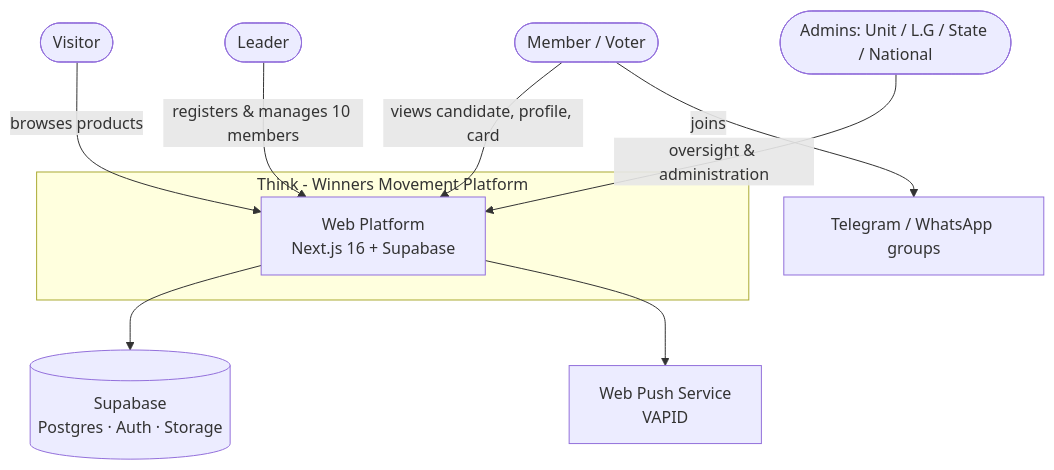
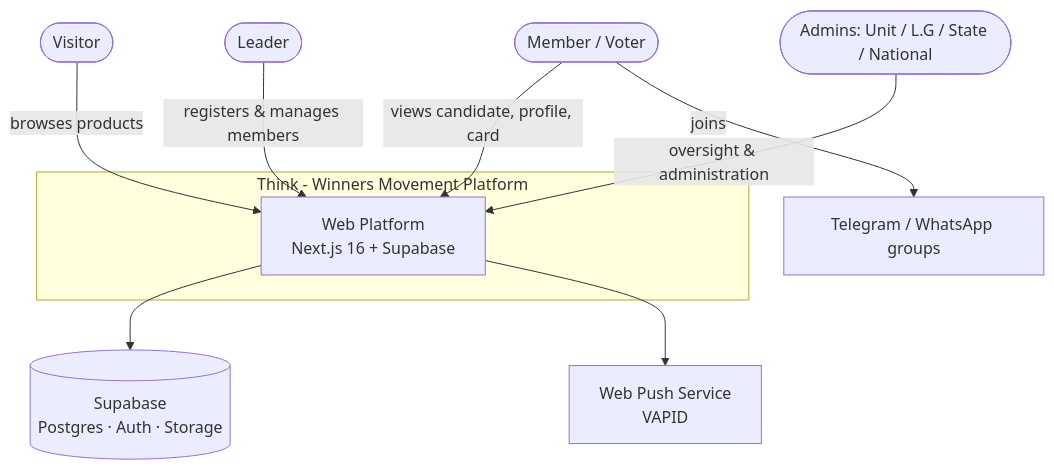
One commit to dnlcodes4-spec/ThinkRich changed the first of 3 diagrams in docs/architecture/overview.md. Above: the diagram before and after it, drawn with Mermaid. The commit also changed 13 other files, not shown here.

````diff
--- a/docs/architecture/overview.md
+++ b/docs/architecture/overview.md
@@ -15,24 +15,24 @@
 ```mermaid
 graph TB
     visitor([Visitor])
     member([Member / Voter])
     leader([Leader])
     admin([Admins: Unit / L.G / State / National])
 
     subgraph platform[Think - Winners Movement Platform]
         sys[Web Platform<br/>Next.js 16 + Supabase]
     end
 
     supabase[(Supabase<br/>Postgres · Auth · Storage)]
     push[Web Push Service<br/>VAPID]
     social[Telegram / WhatsApp groups]
 
     visitor -->|browses products| sys
     member -->|views candidate, profile, card| sys
-    leader -->|registers & manages 10 members| sys
+    leader -->|registers & manages members| sys
     admin -->|oversight & administration| sys
 
     sys --> supabase
     sys --> push
     member -->|joins| social
 ```
````
